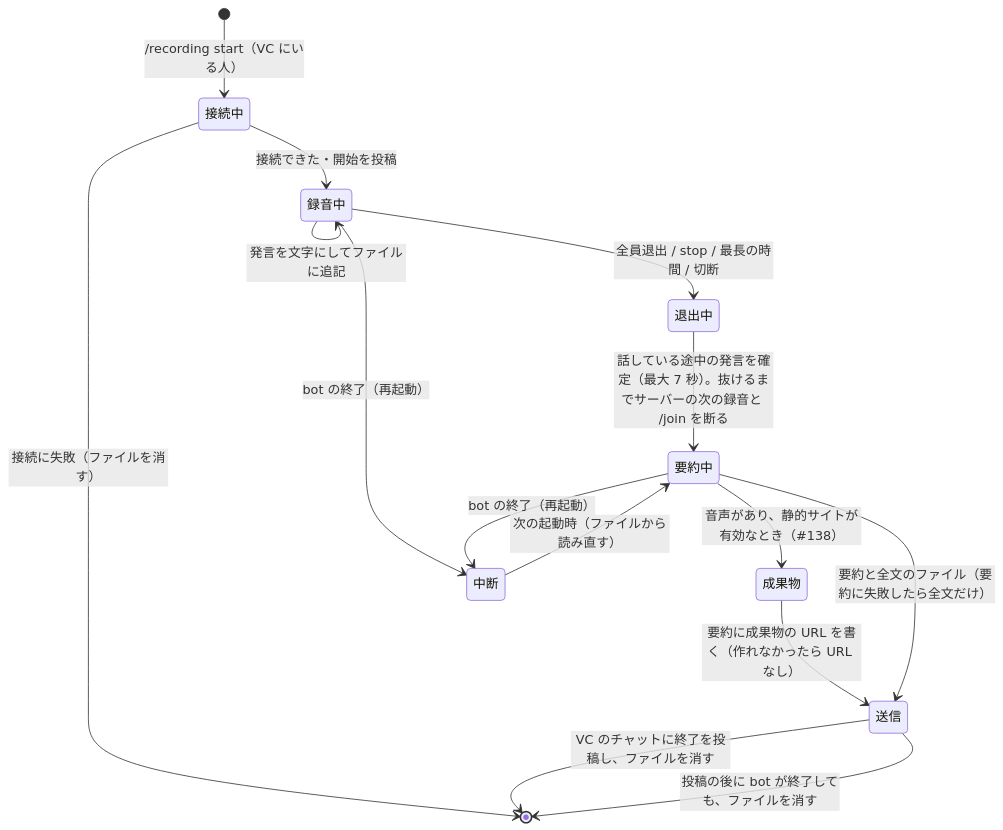
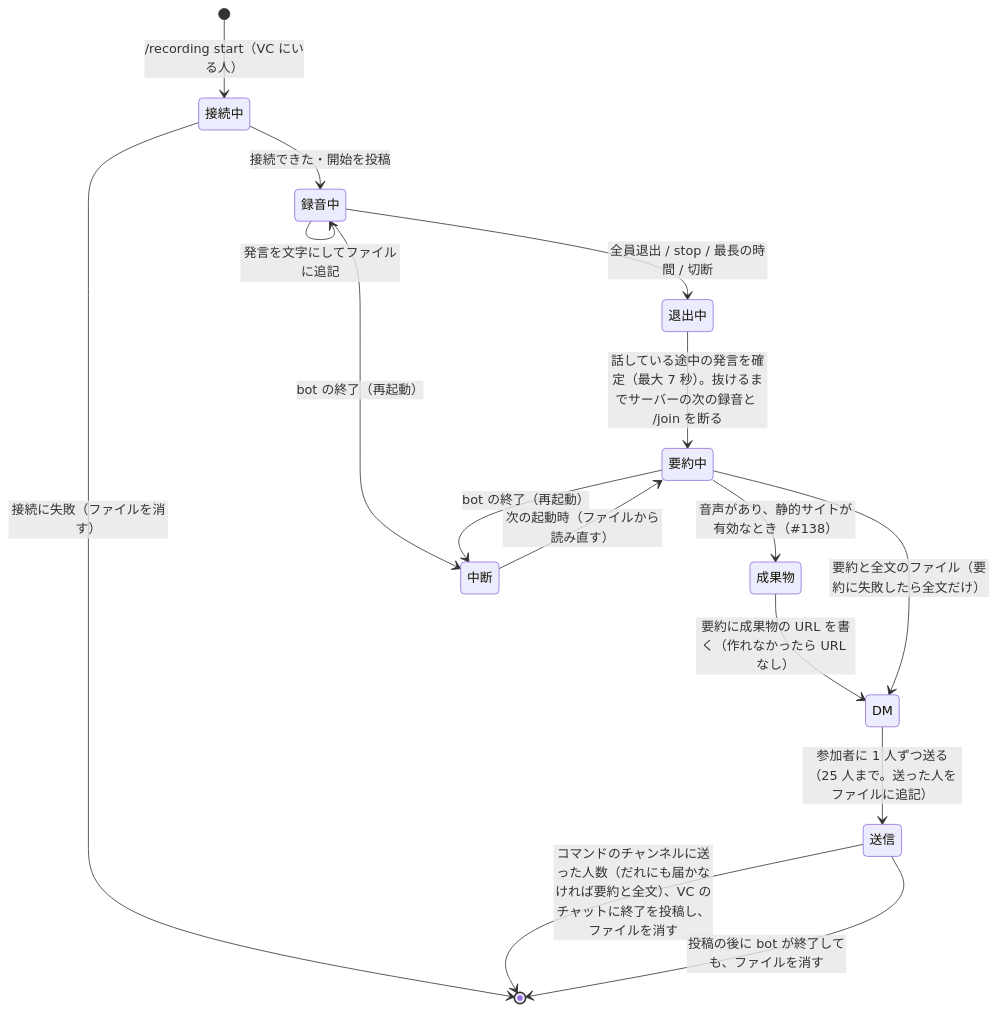
Before and after one commit to hsincode/hibana: the diagram in docs/recording.md, drawn with Mermaid. The commit also changed other lines of this file and 1 other file, not shown here.

````diff
--- a/docs/recording.md
+++ b/docs/recording.md
@@ -26,17 +26,18 @@
 ```mermaid
 stateDiagram-v2
   [*] --> 接続中: /recording start（VC にいる人）
   接続中 --> [*]: 接続に失敗（ファイルを消す）
   接続中 --> 録音中: 接続できた・開始を投稿
   録音中 --> 録音中: 発言を文字にしてファイルに追記
   録音中 --> 退出中: 全員退出 / stop / 最長の時間 / 切断
   退出中 --> 要約中: 話している途中の発言を確定（最大 7 秒）。抜けるまでサーバーの次の録音と /join を断る
   要約中 --> 成果物: 音声があり、静的サイトが有効なとき（#138）
-  成果物 --> 送信: 要約に成果物の URL を書く（作れなかったら URL なし）
-  要約中 --> 送信: 要約と全文のファイル（要約に失敗したら全文だけ）
-  送信 --> [*]: VC のチャットに終了を投稿し、ファイルを消す
+  成果物 --> DM: 要約に成果物の URL を書く（作れなかったら URL なし）
+  要約中 --> DM: 要約と全文のファイル（要約に失敗したら全文だけ）
+  DM --> 送信: 参加者に 1 人ずつ送る（25 人まで。送った人をファイルに追記）
+  送信 --> [*]: コマンドのチャンネルに送った人数（だれにも届かなければ要約と全文）、VC のチャットに終了を投稿し、ファイルを消す
   送信 --> [*]: 投稿の後に bot が終了しても、ファイルを消す
   録音中 --> 中断: bot の終了（再起動）
   要約中 --> 中断: bot の終了（再起動）
   中断 --> 要約中: 次の起動時（ファイルから読み直す）
 ```
````
